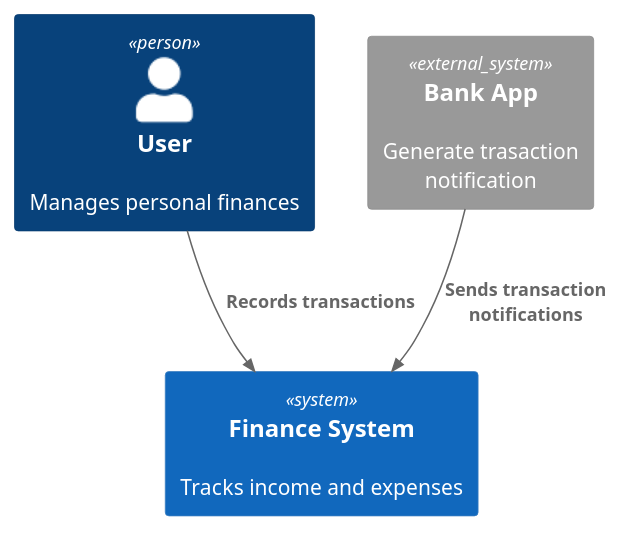
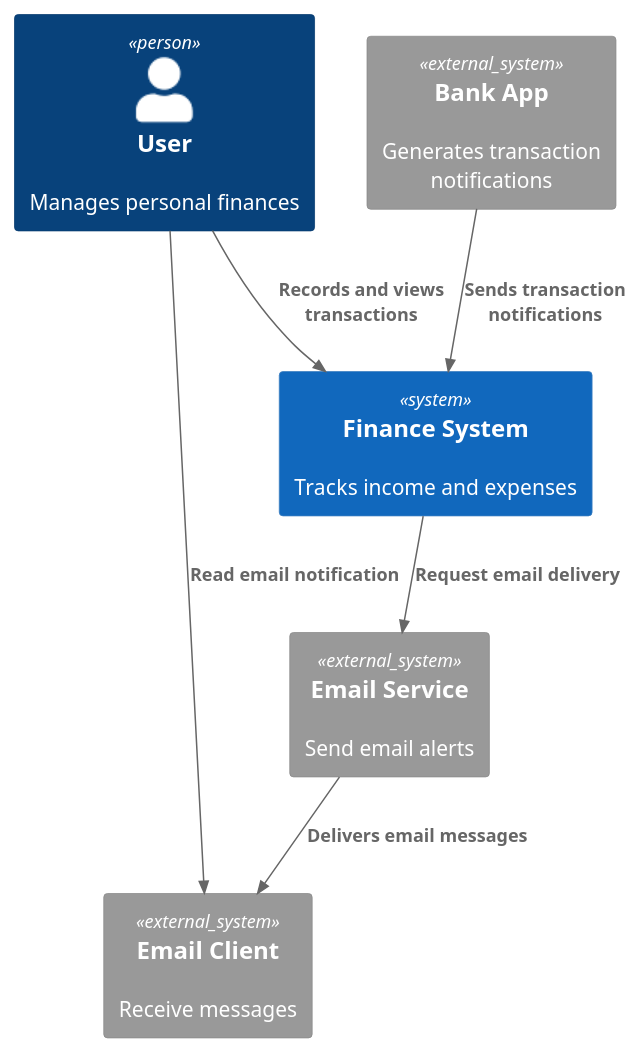
One commit to MauroSergio10/finance changed the diagram in docs/architecture/context.puml. Above: the diagram before and after it, drawn with PlantUML. The commit also changed 3 other files, not shown here.

```diff
--- a/docs/architecture/context.puml
+++ b/docs/architecture/context.puml
@@ -1,12 +1,18 @@
 @startuml
 !include https://raw.githubusercontent.com/plantuml-stdlib/C4-PlantUML/master/C4_Context.puml
 
 Person(user, "User", "Manages personal finances")
 System(financeSystem, "Finance System", "Tracks income and expenses")
-System_Ext(bankApp, "Bank App", "Generate trasaction notification")
 
-Rel(user, financeSystem, "Records transactions")
+System_Ext(bankApp, "Bank App", "Generates transaction notifications")
+System_Ext(emailService, "Email Service", "Send email alerts")
+System_Ext(emailClient, "Email Client", "Receive messages")
+
+Rel(user, financeSystem, "Records and views transactions")
 Rel(bankApp, financeSystem, "Sends transaction notifications")
+Rel(financeSystem, emailService, "Request email delivery")
+Rel(emailService, emailClient, "Delivers email messages")
+Rel(user, emailClient, "Read email notification")
 
 
 @enduml
```
